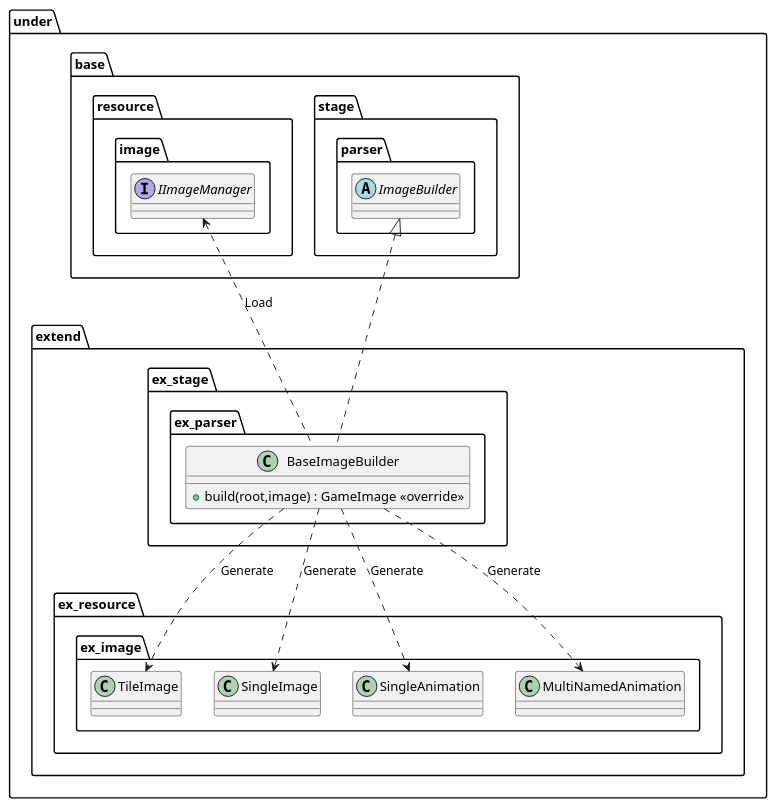
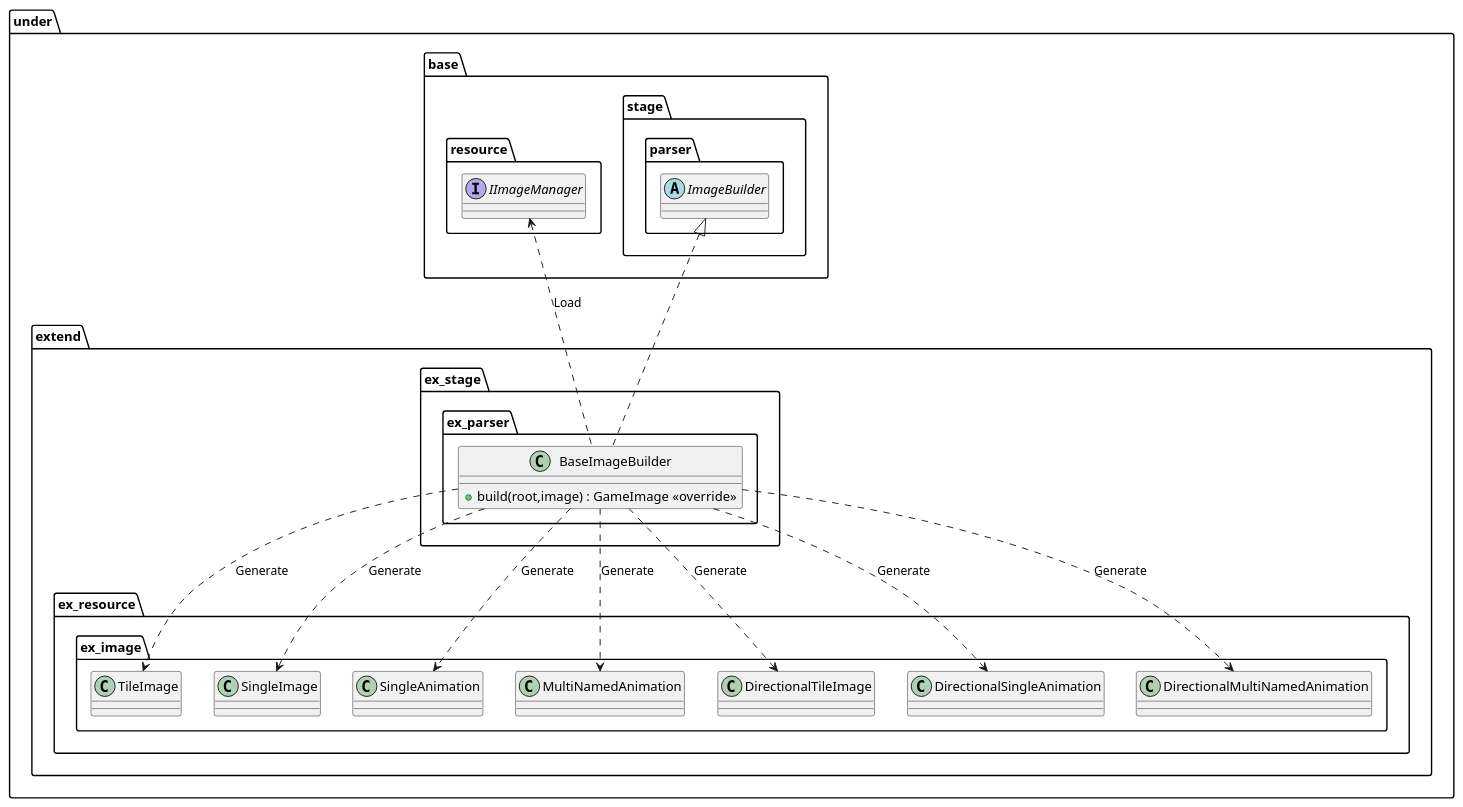
The diagram in uml/parser/Image.wsd (Expine/Under), drawn with PlantUML before and after one commit. The commit also changed 45 other files, not shown here.

Commit message:
Add directional image

```diff
--- a/uml/parser/Image.wsd
+++ b/uml/parser/Image.wsd
@@ -1,48 +1,53 @@
 @startuml ParserImage
 
 package under {
     package extend {
         package ex_stage {
             package ex_parser {
                 class BaseImageBuilder {
                     +build(root,image) : GameImage <<override>>
                 }
             }
         }
     }
 }
 
 package under {
     package base {
         package resource {
-            package image {
-                interface IImageManager
-            }
+            interface IImageManager
         }
         package stage {
             package parser {
                 abstract ImageBuilder
             }
         }
     }
     package extend {
         package ex_resource {
             package ex_image {
                 class TileImage
                 class SingleImage
                 class SingleAnimation
                 class MultiNamedAnimation
+                class DirectionalTileImage
+                class DirectionalSingleAnimation
+                class DirectionalMultiNamedAnimation
             }
         }
     }
 }
 
 BaseImageBuilder ..> TileImage : Generate
 BaseImageBuilder ..> SingleImage : Generate
 BaseImageBuilder ..> SingleAnimation : Generate
 BaseImageBuilder ..> MultiNamedAnimation : Generate
+BaseImageBuilder ..> DirectionalTileImage : Generate
+BaseImageBuilder ..> DirectionalSingleAnimation : Generate
+BaseImageBuilder ..> DirectionalMultiNamedAnimation : Generate
+
 IImageManager <.. BaseImageBuilder : Load
 
 ImageBuilder <|.. BaseImageBuilder
 
 @enduml
```
